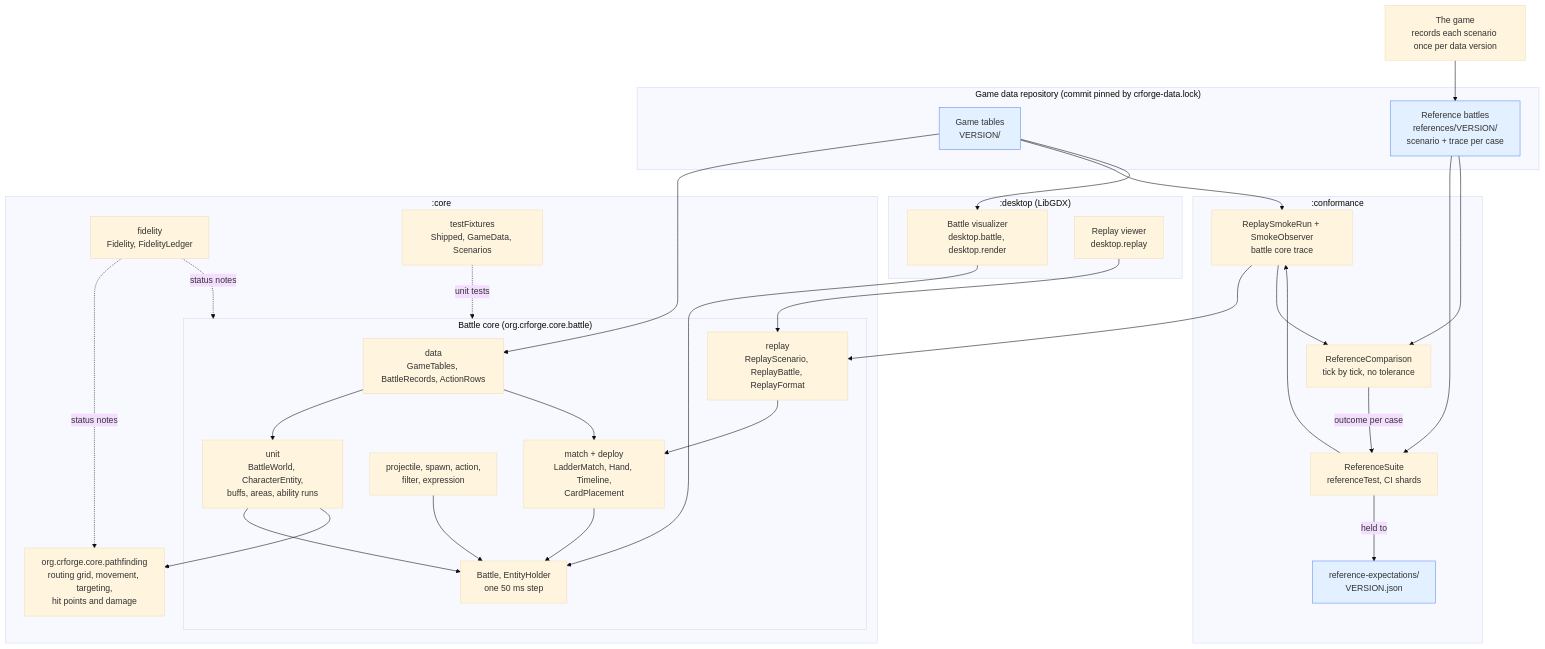
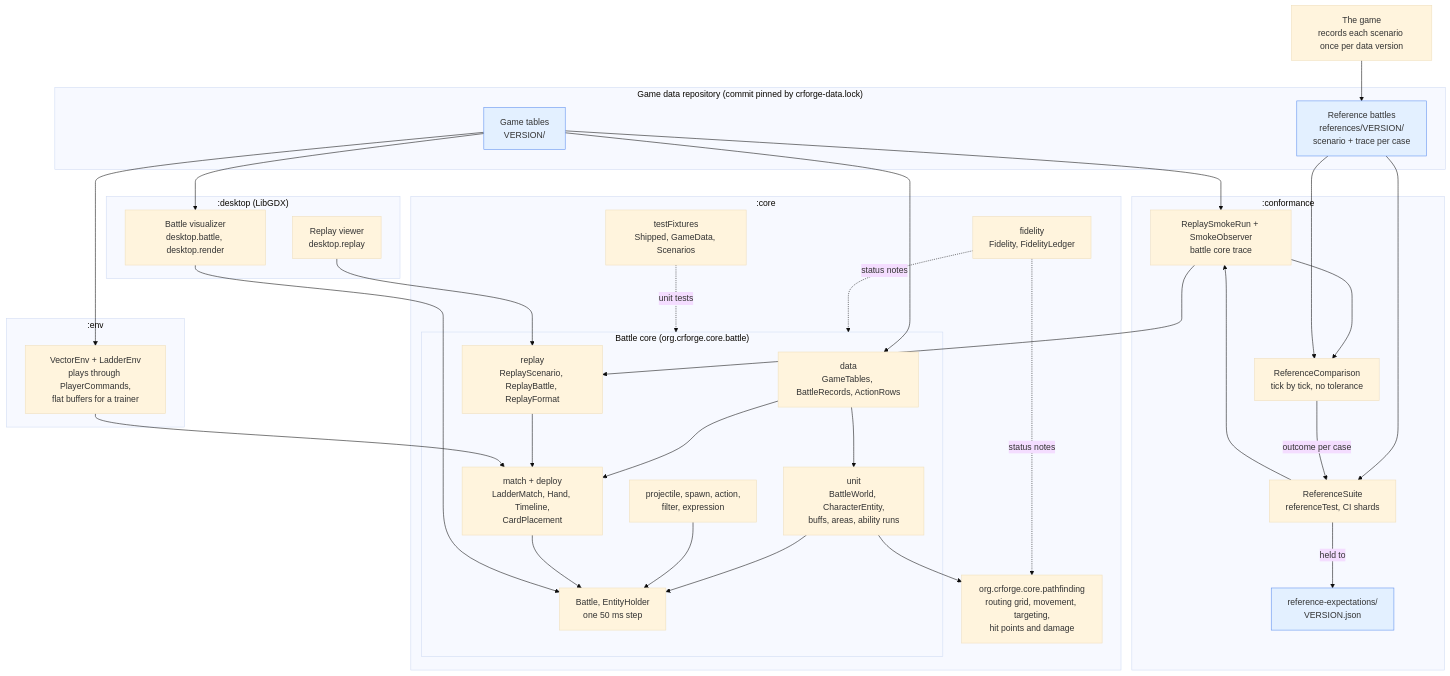
The diagram in docs/architecture.md (voonhous/crforge), drawn with Mermaid (base theme) before and after one commit. The commit also changed other lines of this file and 19 other files, not shown here.

First line of the commit message:
feat: add the env module on the player's commands (#677)

````diff
--- a/docs/architecture.md
+++ b/docs/architecture.md
@@ -37,63 +39,69 @@
 ```mermaid
 flowchart TB
   subgraph EXT["Game data repository (commit pinned by crforge-data.lock)"]
     TAB["Game tables<br/>VERSION/"]
     REF["Reference battles<br/>references/VERSION/<br/>scenario + trace per case"]
   end
   GAME["The game<br/>records each scenario once per data version"] --> REF
 
   subgraph CORE[":core"]
     subgraph BC["Battle core (org.crforge.core.battle)"]
       DATA["data<br/>GameTables, BattleRecords, ActionRows"]
       UNIT["unit<br/>BattleWorld, CharacterEntity,<br/>buffs, areas, ability runs"]
       MISC["projectile, spawn, action,<br/>filter, expression"]
       MATCH["match + deploy<br/>LadderMatch, Hand, Timeline,<br/>CardPlacement"]
       BATTLE["Battle, EntityHolder<br/>one 50 ms step"]
       REPLAY["replay<br/>ReplayScenario, ReplayBattle, ReplayFormat"]
     end
     PF["org.crforge.core.pathfinding<br/>routing grid, movement, targeting,<br/>hit points and damage"]
     FID["fidelity<br/>Fidelity, FidelityLedger"]
     FIX["testFixtures<br/>Shipped, GameData, Scenarios"]
   end
 
   subgraph CONF[":conformance"]
     SUITE["ReferenceSuite<br/>referenceTest, CI shards"]
     SMOKE["ReplaySmokeRun + SmokeObserver<br/>battle core trace"]
     CMP["ReferenceComparison<br/>tick by tick, no tolerance"]
     EXP["reference-expectations/<br/>VERSION.json"]
   end
 
   subgraph DESK[":desktop (LibGDX)"]
     VIS["Battle visualizer<br/>desktop.battle, desktop.render"]
     RPV["Replay viewer<br/>desktop.replay"]
   end
 
+  subgraph ENVM[":env"]
+    VENV["VectorEnv + LadderEnv<br/>plays through PlayerCommands,<br/>flat buffers for a trainer"]
+  end
+
   TAB --> DATA
   DATA --> UNIT
   DATA --> MATCH
   UNIT --> BATTLE
   MISC --> BATTLE
   MATCH --> BATTLE
   REPLAY --> MATCH
   UNIT --> PF
   FID -. "status notes" .-> BC
   FID -. "status notes" .-> PF
 
   REF --> SUITE
   TAB --> SMOKE
   SUITE --> SMOKE
   SMOKE --> REPLAY
   SMOKE --> CMP
   REF --> CMP
   CMP -- "outcome per case" --> SUITE
   SUITE -- "held to" --> EXP
 
   TAB --> VIS
   VIS --> BATTLE
   RPV --> REPLAY
+  TAB --> VENV
+  VENV --> MATCH
 
   FIX -. "unit tests" .-> BC
 
   classDef data fill:#e3f0ff,stroke:#5b8def
   class TAB,REF,EXP data
 ```
````
